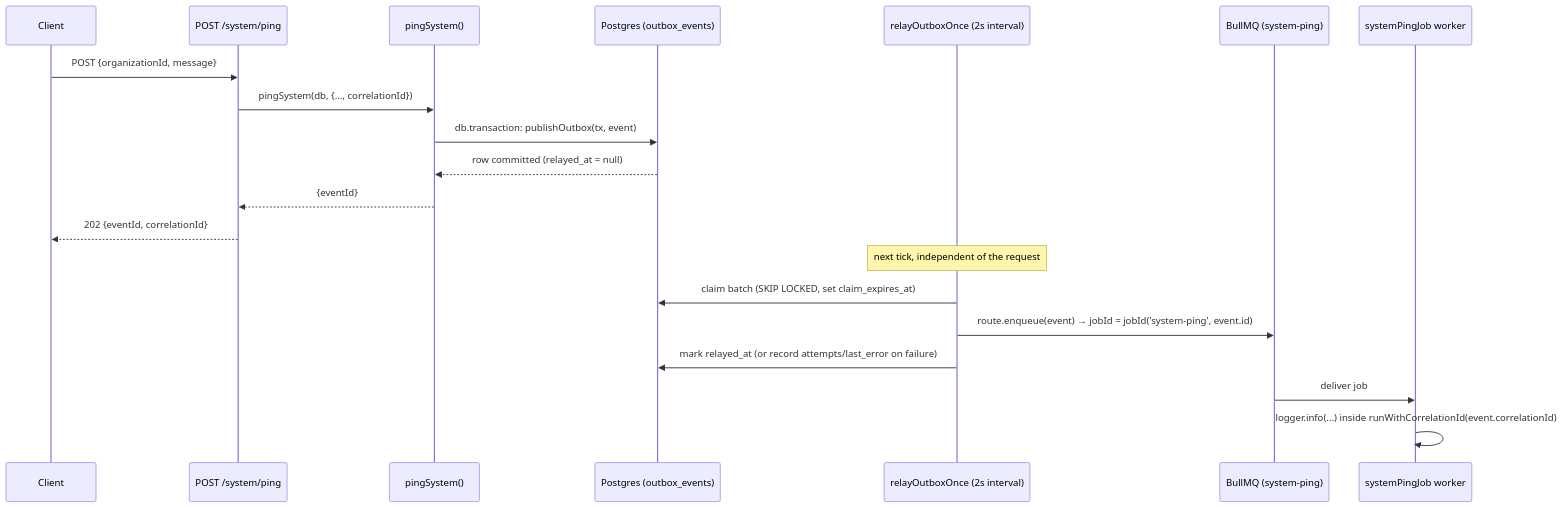
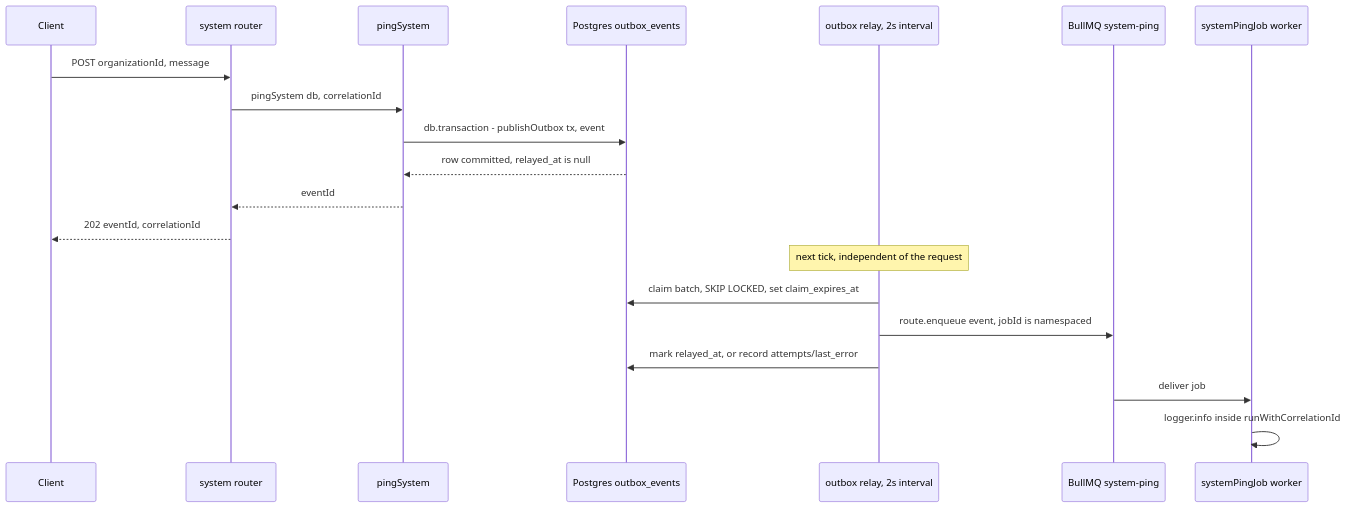
One commit to arjun40779/devflow changed the fourth of 4 diagrams in apps/api/docs/orchestration.md. Above: the diagram before and after it, drawn with Mermaid. The commit also changed other lines of this file, not shown here.

First line of the commit message:
docs: simplify Mermaid syntax in orchestration.md

````diff
--- a/apps/api/docs/orchestration.md
+++ b/apps/api/docs/orchestration.md
@@ -122,24 +122,24 @@
 ```mermaid
 sequenceDiagram
     participant Client
-    participant Router as POST /system/ping
-    participant Service as pingSystem()
-    participant DB as Postgres (outbox_events)
-    participant Relay as relayOutboxOnce (2s interval)
-    participant Queue as BullMQ (system-ping)
+    participant Router as system router
+    participant Service as pingSystem
+    participant DB as Postgres outbox_events
+    participant Relay as outbox relay, 2s interval
+    participant Queue as BullMQ system-ping
     participant Worker as systemPingJob worker
 
-    Client->>Router: POST {organizationId, message}
-    Router->>Service: pingSystem(db, {..., correlationId})
-    Service->>DB: db.transaction: publishOutbox(tx, event)
-    DB-->>Service: row committed (relayed_at = null)
-    Service-->>Router: {eventId}
-    Router-->>Client: 202 {eventId, correlationId}
+    Client->>Router: POST organizationId, message
+    Router->>Service: pingSystem db, correlationId
+    Service->>DB: db.transaction - publishOutbox tx, event
+    DB-->>Service: row committed, relayed_at is null
+    Service-->>Router: eventId
+    Router-->>Client: 202 eventId, correlationId
 
     Note over Relay: next tick, independent of the request
-    Relay->>DB: claim batch (SKIP LOCKED, set claim_expires_at)
-    Relay->>Queue: route.enqueue(event) → jobId = jobId('system-ping', event.id)
-    Relay->>DB: mark relayed_at (or record attempts/last_error on failure)
+    Relay->>DB: claim batch, SKIP LOCKED, set claim_expires_at
+    Relay->>Queue: route.enqueue event, jobId is namespaced
+    Relay->>DB: mark relayed_at, or record attempts/last_error
     Queue->>Worker: deliver job
-    Worker->>Worker: logger.info(...) inside runWithCorrelationId(event.correlationId)
+    Worker->>Worker: logger.info inside runWithCorrelationId
 ```
````
